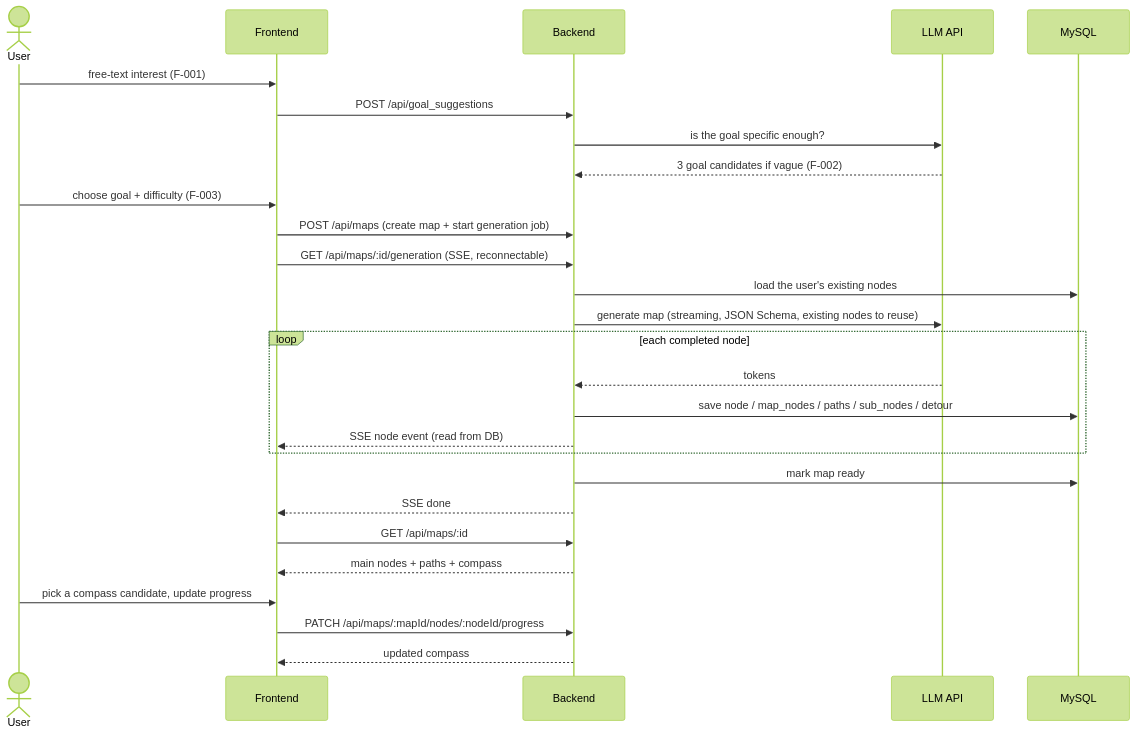
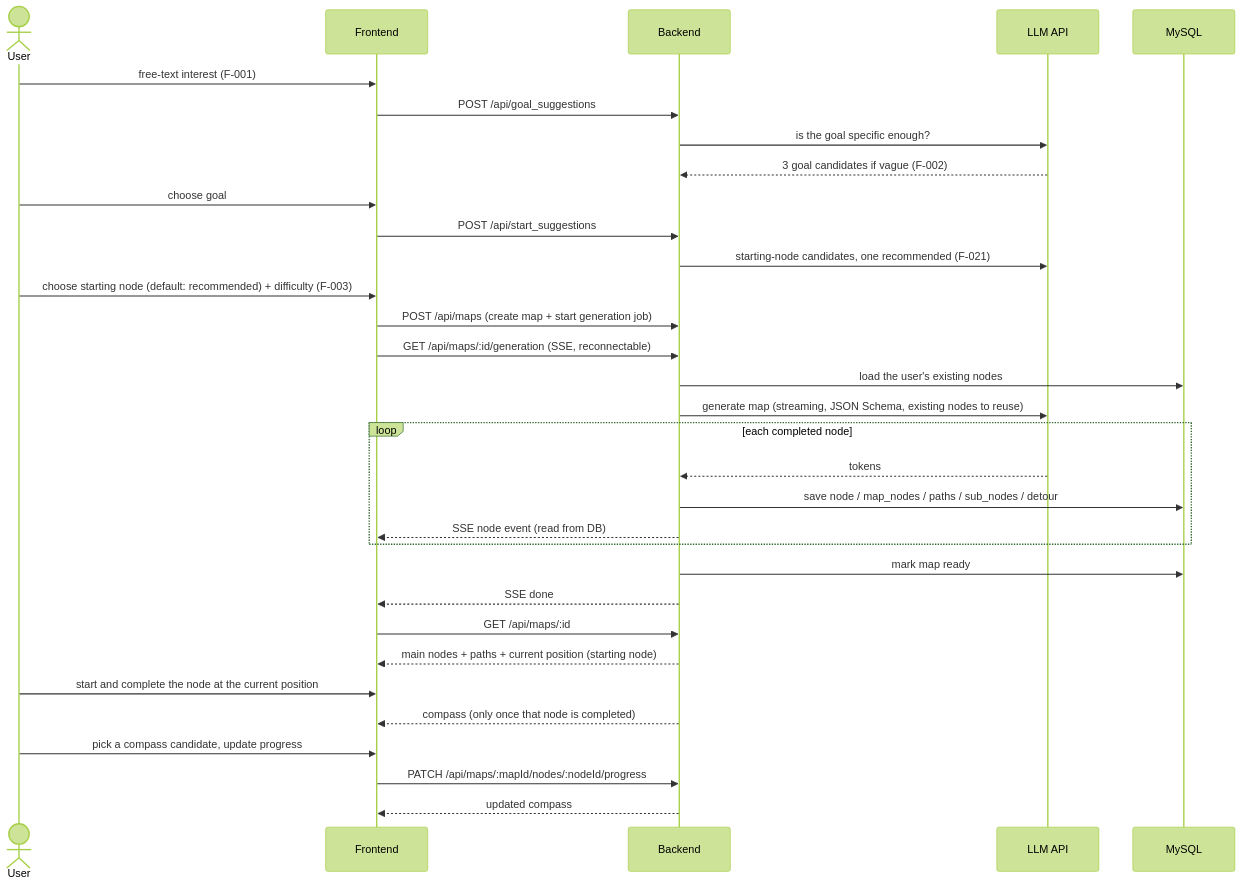
The second of 2 diagrams in .claude/rules/code/architecture.md (ryuma-1/Campass), drawn with Mermaid (forest theme) before and after one commit. The commit also changed 3 other files, not shown here.

First line of the commit message:
docs: bring the agent rules in line with the starting node

````diff
--- a/.claude/rules/code/architecture.md
+++ b/.claude/rules/code/architecture.md
@@ -42,30 +42,35 @@
 ```mermaid
 sequenceDiagram
     actor U as User
     participant FE as Frontend
     participant BE as Backend
     participant LLM as LLM API
     participant DB as MySQL
 
     U->>FE: free-text interest (F-001)
     FE->>BE: POST /api/goal_suggestions
     BE->>LLM: is the goal specific enough?
     LLM-->>BE: 3 goal candidates if vague (F-002)
-    U->>FE: choose goal + difficulty (F-003)
+    U->>FE: choose goal
+    FE->>BE: POST /api/start_suggestions
+    BE->>LLM: starting-node candidates, one recommended (F-021)
+    U->>FE: choose starting node (default: recommended) + difficulty (F-003)
     FE->>BE: POST /api/maps (create map + start generation job)
     FE->>BE: GET /api/maps/:id/generation (SSE, reconnectable)
     BE->>DB: load the user's existing nodes
     BE->>LLM: generate map (streaming, JSON Schema, existing nodes to reuse)
     loop each completed node
         LLM-->>BE: tokens
         BE->>DB: save node / map_nodes / paths / sub_nodes / detour
         BE-->>FE: SSE node event (read from DB)
     end
     BE->>DB: mark map ready
     BE-->>FE: SSE done
     FE->>BE: GET /api/maps/:id
-    BE-->>FE: main nodes + paths + compass
+    BE-->>FE: main nodes + paths + current position (starting node)
+    U->>FE: start and complete the node at the current position
+    BE-->>FE: compass (only once that node is completed)
     U->>FE: pick a compass candidate, update progress
     FE->>BE: PATCH /api/maps/:mapId/nodes/:nodeId/progress
     BE-->>FE: updated compass
 ```
````
